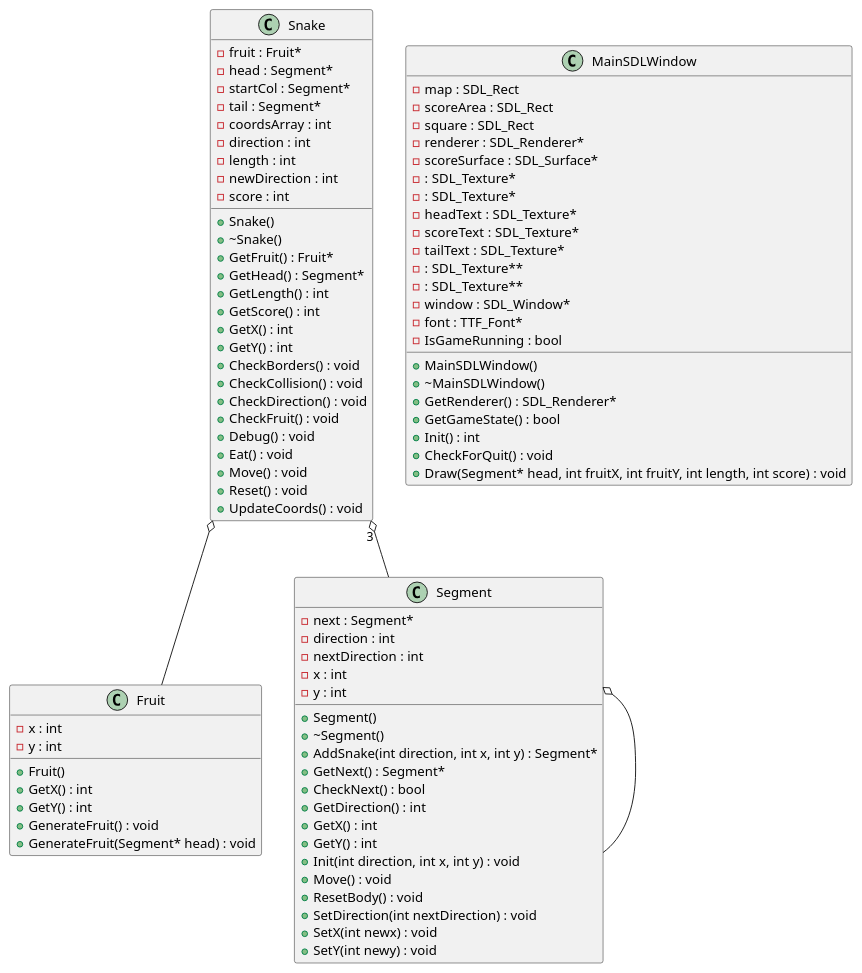
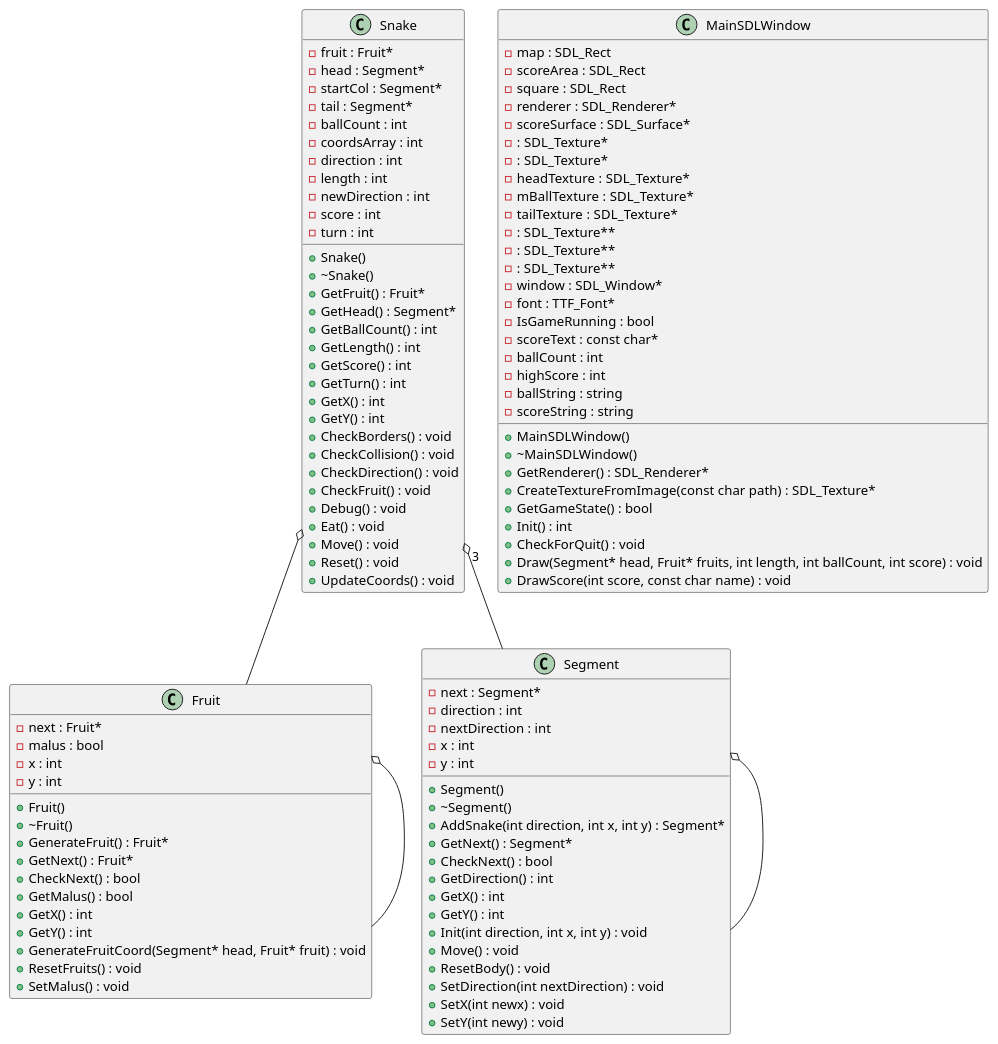
Before and after one commit to Sh4dy01/gtech1-b10-snake: the diagram in uml/classes.puml, drawn with PlantUML. The commit also changed 1 other file, not shown here.

Commit message:
Updated the UML

```diff
--- a/uml/classes.puml
+++ b/uml/classes.puml
@@ -1,126 +1,149 @@
 @startuml
 
 
 
 
 
 /' Objects '/
 
 class Fruit {
 	+Fruit()
+	+~Fruit()
+	+GenerateFruit() : Fruit*
+	+GetNext() : Fruit*
+	-next : Fruit*
+	+CheckNext() : bool
+	+GetMalus() : bool
+	-malus : bool
 	+GetX() : int
 	+GetY() : int
 	-x : int
 	-y : int
-	+GenerateFruit() : void
-	+GenerateFruit(Segment* head) : void
+	+GenerateFruitCoord(Segment* head, Fruit* fruit) : void
+	+ResetFruits() : void
+	+SetMalus() : void
 }
 
 
 class MainSDLWindow {
 	+MainSDLWindow()
 	+~MainSDLWindow()
 	-map : SDL_Rect
 	-scoreArea : SDL_Rect
 	-square : SDL_Rect
 	+GetRenderer() : SDL_Renderer*
 	-renderer : SDL_Renderer*
 	-scoreSurface : SDL_Surface*
 	- : SDL_Texture*
 	- : SDL_Texture*
-	-headText : SDL_Texture*
-	-scoreText : SDL_Texture*
-	-tailText : SDL_Texture*
+	+CreateTextureFromImage(const char path) : SDL_Texture*
+	-headTexture : SDL_Texture*
+	-mBallTexture : SDL_Texture*
+	-tailTexture : SDL_Texture*
+	- : SDL_Texture**
 	- : SDL_Texture**
 	- : SDL_Texture**
 	-window : SDL_Window*
 	-font : TTF_Font*
 	+GetGameState() : bool
 	-IsGameRunning : bool
+	-scoreText : const char*
 	+Init() : int
+	-ballCount : int
+	-highScore : int
+	-ballString : string
+	-scoreString : string
 	+CheckForQuit() : void
-	+Draw(Segment* head, int fruitX, int fruitY, int length, int score) : void
+	+Draw(Segment* head, Fruit* fruits, int length, int ballCount, int score) : void
+	+DrawScore(int score, const char name) : void
 }
 
 
 class Segment {
 	+Segment()
 	+~Segment()
 	+AddSnake(int direction, int x, int y) : Segment*
 	+GetNext() : Segment*
 	-next : Segment*
 	+CheckNext() : bool
 	+GetDirection() : int
 	+GetX() : int
 	+GetY() : int
 	-direction : int
 	-nextDirection : int
 	-x : int
 	-y : int
 	+Init(int direction, int x, int y) : void
 	+Move() : void
 	+ResetBody() : void
 	+SetDirection(int nextDirection) : void
 	+SetX(int newx) : void
 	+SetY(int newy) : void
 }
 
 
 class Snake {
 	+Snake()
 	+~Snake()
 	+GetFruit() : Fruit*
 	-fruit : Fruit*
 	+GetHead() : Segment*
 	-head : Segment*
 	-startCol : Segment*
 	-tail : Segment*
+	+GetBallCount() : int
 	+GetLength() : int
 	+GetScore() : int
+	+GetTurn() : int
 	+GetX() : int
 	+GetY() : int
+	-ballCount : int
 	-coordsArray : int
 	-direction : int
 	-length : int
 	-newDirection : int
 	-score : int
+	-turn : int
 	+CheckBorders() : void
 	+CheckCollision() : void
 	+CheckDirection() : void
 	+CheckFruit() : void
 	+Debug() : void
 	+Eat() : void
 	+Move() : void
 	+Reset() : void
 	+UpdateCoords() : void
 }
 
 
 
 
 
 /' Inheritance relationships '/
 
 
 
 
 /' Aggregation relationships '/
 
+.Fruit o-- .Fruit
+
+
 .Segment o-- .Segment
 
 
 .Snake o-- .Fruit
 
 
 .Snake "3" o-- .Segment
 
 
 
 
 
 
 /' Nested objects '/
 
 
 
 @enduml
```
